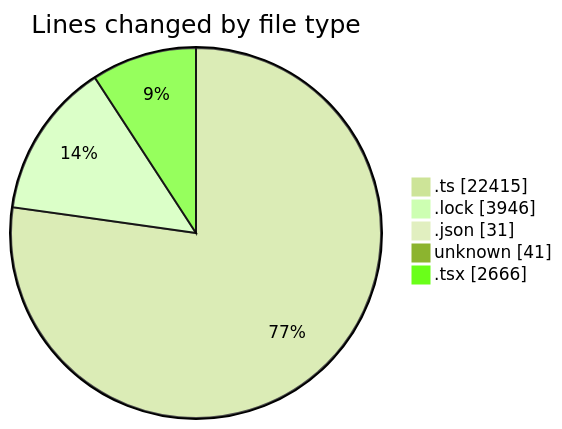
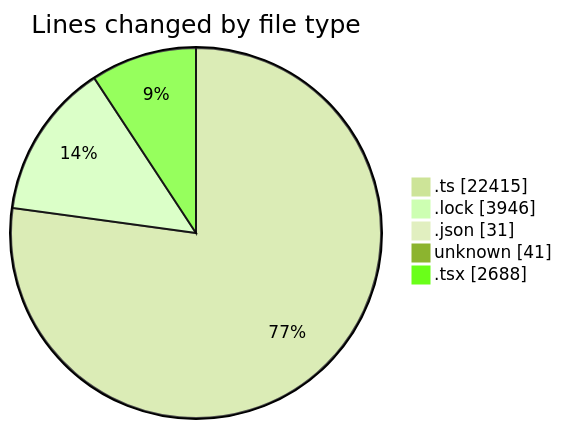
One commit to momahboobian/code-tracking changed the first of 2 diagrams in 2025-08-19/cda/README.md. Above: the diagram before and after it, drawn with Mermaid (forest theme). The commit also changed other lines of this file and 1 other file, not shown here.

````diff
--- a/2025-08-19/cda/README.md
+++ b/2025-08-19/cda/README.md
@@ -46,9 +46,9 @@
 ```mermaid
 pie showData
 title Lines changed by file type
 ".ts" : 22415
 ".lock" : 3946
 ".json" : 31
 "unknown" : 41
-".tsx" : 2666
+".tsx" : 2688
 ```
````
